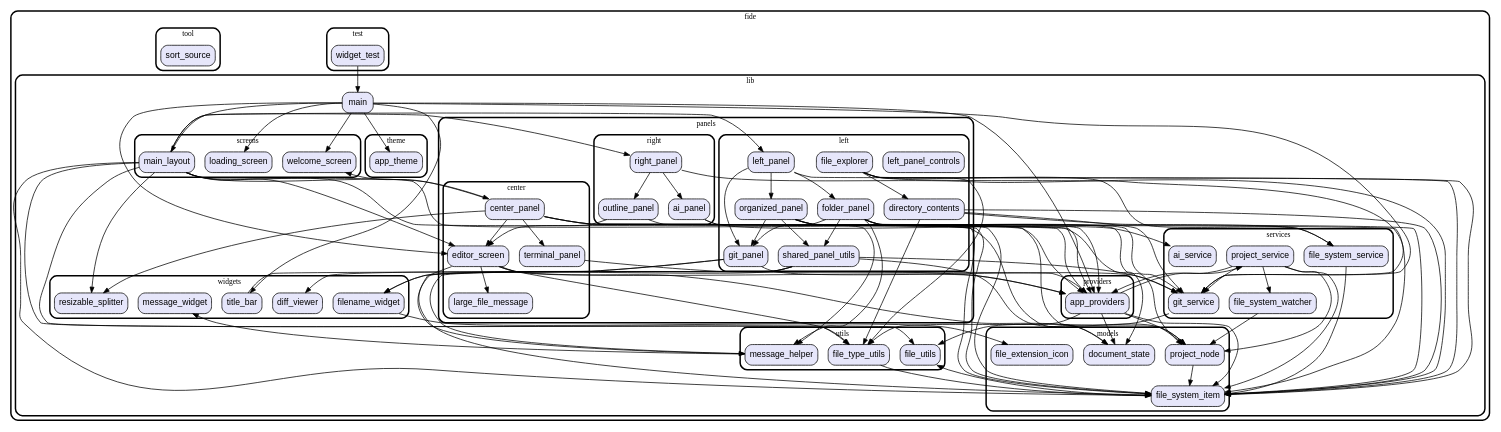
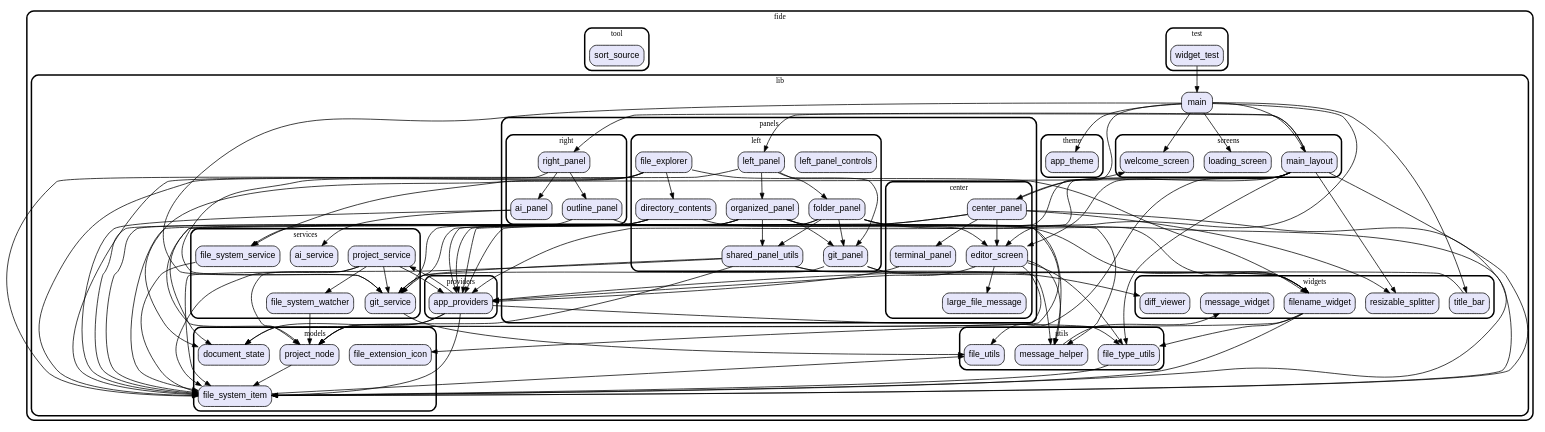
Before and after one commit to vteam-com/FIDE: the diagram in graph.dot, drawn with Graphviz. The commit also changed 5 other files, not shown here.

Commit message:
filename_widget to file_system_item and file_type_utils

```diff
--- a/graph.dot
+++ b/graph.dot
@@ -156,7 +156,7 @@
   "/lib/panels/left/git_panel.dart" -> "/lib/widgets/filename_widget.dart";
   "/lib/panels/left/git_panel.dart" -> "/lib/services/git_service.dart";
   "/lib/panels/left/git_panel.dart" -> "/lib/widgets/diff_viewer.dart";
-  "/lib/panels/left/directory_contents.dart" -> "/lib/utils/file_type_utils.dart";
+  "/lib/panels/left/directory_contents.dart" -> "/lib/widgets/filename_widget.dart";
   "/lib/panels/left/directory_contents.dart" -> "/lib/services/file_system_service.dart";
   "/lib/panels/left/directory_contents.dart" -> "/lib/services/git_service.dart";
   "/lib/panels/left/directory_contents.dart" -> "/lib/models/file_system_item.dart";
@@ -172,7 +172,7 @@
   "/lib/panels/left/folder_panel.dart" -> "/lib/panels/left/shared_panel_utils.dart";
   "/lib/panels/left/folder_panel.dart" -> "/lib/panels/left/git_panel.dart";
   "/lib/panels/left/folder_panel.dart" -> "/lib/providers/app_providers.dart";
-  "/lib/panels/left/file_explorer.dart" -> "/lib/utils/file_type_utils.dart";
+  "/lib/panels/left/file_explorer.dart" -> "/lib/widgets/filename_widget.dart";
   "/lib/panels/left/file_explorer.dart" -> "/lib/services/file_system_service.dart";
   "/lib/panels/left/file_explorer.dart" -> "/lib/services/git_service.dart";
   "/lib/panels/left/file_explorer.dart" -> "/lib/models/file_system_item.dart";
@@ -187,6 +187,7 @@
   "/lib/panels/left/organized_panel.dart" -> "/lib/panels/left/shared_panel_utils.dart";
   "/lib/panels/left/organized_panel.dart" -> "/lib/panels/left/git_panel.dart";
   "/lib/panels/left/organized_panel.dart" -> "/lib/providers/app_providers.dart";
+  "/lib/panels/left/organized_panel.dart" -> "/lib/widgets/filename_widget.dart";
   "/lib/utils/message_helper.dart" -> "/lib/widgets/message_widget.dart";
   "/lib/utils/file_type_utils.dart" -> "/lib/models/file_system_item.dart";
   "/lib/models/project_node.dart" -> "/lib/models/file_system_item.dart";
@@ -219,4 +220,6 @@
   "/lib/services/file_system_service.dart" -> "/lib/models/file_system_item.dart";
   "/lib/widgets/title_bar.dart" -> "/lib/providers/app_providers.dart";
   "/lib/widgets/filename_widget.dart" -> "/lib/models/file_extension_icon.dart";
+  "/lib/widgets/filename_widget.dart" -> "/lib/models/file_system_item.dart";
+  "/lib/widgets/filename_widget.dart" -> "/lib/utils/file_type_utils.dart";
 }
```
